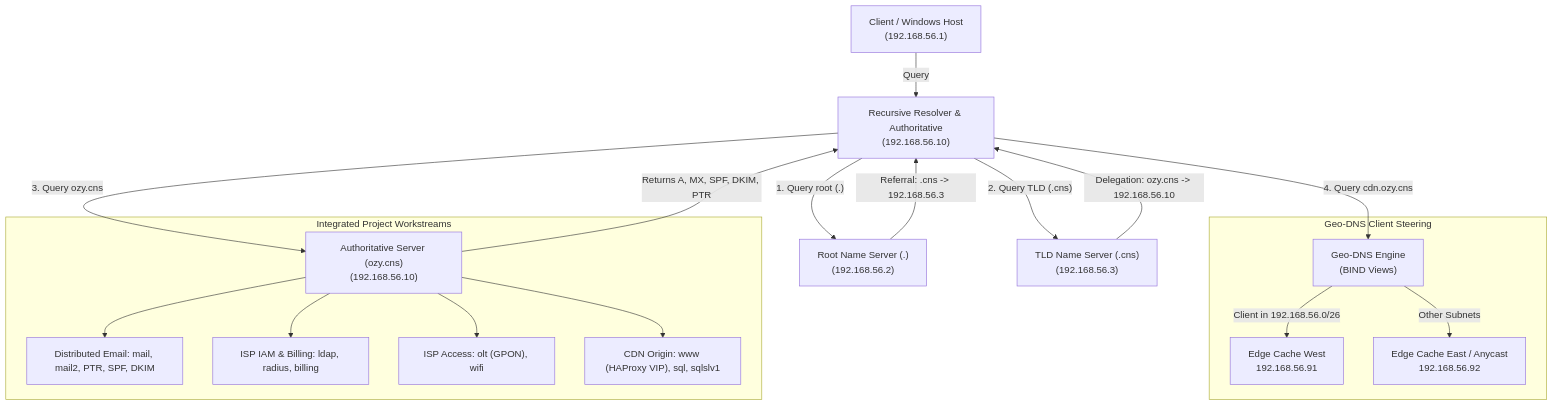
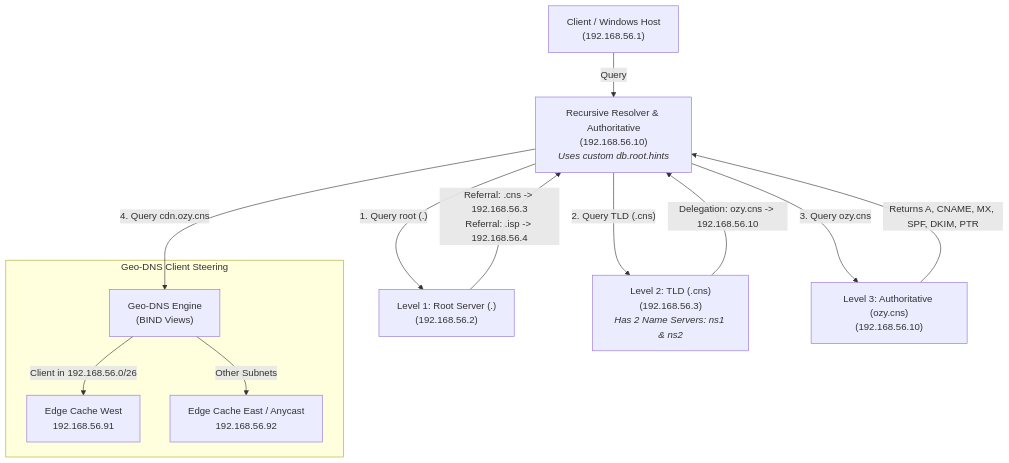
One commit to austinmuendomuia/PBL-DNS-CDN-Infrastructure changed the diagram in README.md. Above: the diagram before and after it, drawn with Mermaid. The commit also changed other lines of this file and 5 other files, not shown here.

Commit message:
Add dual TLDs (.cns, .isp), two NS for .cns, and custom db.root.hints resolver config

````diff
--- a/README.md
+++ b/README.md
@@ -26,27 +29,20 @@
 ```mermaid
 graph TD
-    Client["Client / Windows Host<br/>(192.168.56.1)"] -->|Query| Resolver["Recursive Resolver & Authoritative<br/>(192.168.56.10)"]
+    Client["Client / Windows Host<br/>(192.168.56.1)"] -->|Query| Resolver["Recursive Resolver & Authoritative<br/>(192.168.56.10)<br/><i>Uses custom db.root.hints</i>"]
     
-    Resolver -->|"1. Query root (.)"| Root["Root Name Server (.)<br/>(192.168.56.2)"]
-    Root -->|"Referral: .cns -> 192.168.56.3"| Resolver
+    Resolver -->|"1. Query root (.)"| Root["Level 1: Root Server (.)<br/>(192.168.56.2)"]
+    Root -->|"Referral: .cns -> 192.168.56.3<br/>Referral: .isp -> 192.168.56.4"| Resolver
     
-    Resolver -->|"2. Query TLD (.cns)"| TLD["TLD Name Server (.cns)<br/>(192.168.56.3)"]
-    TLD -->|"Delegation: ozy.cns -> 192.168.56.10"| Resolver
+    Resolver -->|"2. Query TLD (.cns)"| TLD1["Level 2: TLD (.cns)<br/>(192.168.56.3)<br/><i>Has 2 Name Servers: ns1 & ns2</i>"]
+    TLD1 -->|"Delegation: ozy.cns -> 192.168.56.10"| Resolver
     
-    Resolver -->|"3. Query ozy.cns"| Auth["Authoritative Server (ozy.cns)<br/>(192.168.56.10)"]
-    Auth -->|"Returns A, MX, SPF, DKIM, PTR"| Resolver
+    Resolver -->|"3. Query ozy.cns"| Auth["Level 3: Authoritative (ozy.cns)<br/>(192.168.56.10)"]
+    Auth -->|"Returns A, CNAME, MX, SPF, DKIM, PTR"| Resolver
 
     Resolver -->|"4. Query cdn.ozy.cns"| GeoDNS["Geo-DNS Engine<br/>(BIND Views)"]
     
     subgraph Geo_Steering ["Geo-DNS Client Steering"]
         GeoDNS -->|"Client in 192.168.56.0/26"| Edge1["Edge Cache West<br/>192.168.56.91"]
         GeoDNS -->|"Other Subnets"| Edge2["Edge Cache East / Anycast<br/>192.168.56.92"]
     end
-
-    subgraph Supported_Services ["Integrated Project Workstreams"]
-        Auth --> Mail["Distributed Email: mail, mail2, PTR, SPF, DKIM"]
-        Auth --> IAM["ISP IAM & Billing: ldap, radius, billing"]
-        Auth --> Access["ISP Access: olt (GPON), wifi"]
-        Auth --> Origin["CDN Origin: www (HAProxy VIP), sql, sqlslv1"]
-    end
 ```
````
